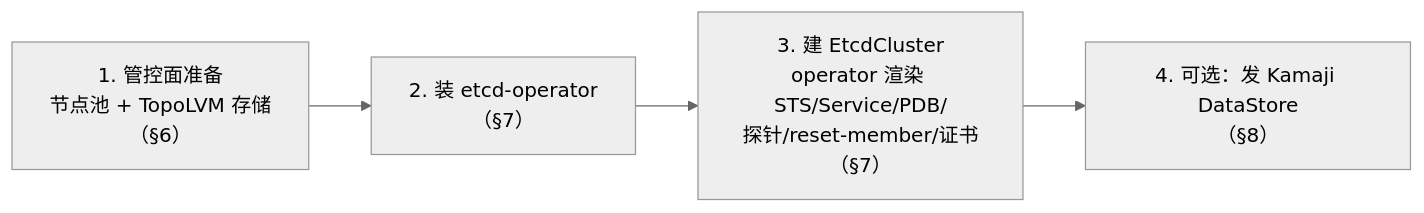
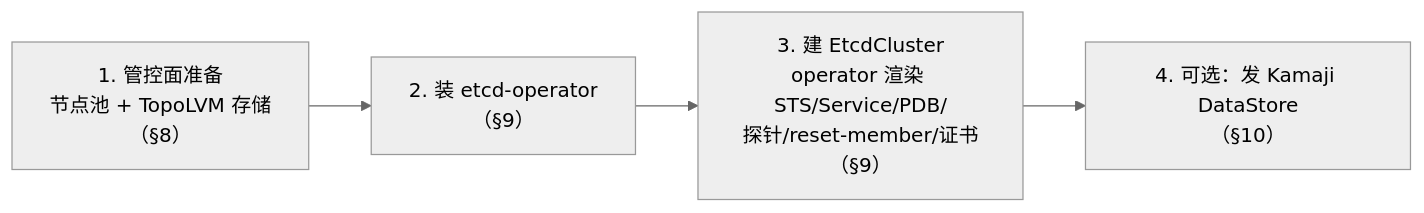
Before and after one commit to alauda/etcd-operator: the first of 3 diagrams in docs/design/hcp-etcd-design.md, drawn with Mermaid (neutral theme). The commit also changed other lines of this file, not shown here.

First line of the commit message:
docs: restructure HCP etcd HA design + add backup/restore runbook

````diff
--- a/docs/design/hcp-etcd-design.md
+++ b/docs/design/hcp-etcd-design.md
@@ -72,6 +129,6 @@
 ```mermaid
 flowchart LR
-  A["1. 管控面准备<br/>节点池 + TopoLVM 存储<br/>（§6）"] --> B["2. 装 etcd-operator<br/>（§7）"]
-  B --> C["3. 建 EtcdCluster<br/>operator 渲染 STS/Service/PDB/<br/>探针/reset-member/证书（§7）"]
-  C --> D["4. 可选：发 Kamaji DataStore<br/>（§8）"]
+  A["1. 管控面准备<br/>节点池 + TopoLVM 存储<br/>（§8）"] --> B["2. 装 etcd-operator<br/>（§9）"]
+  B --> C["3. 建 EtcdCluster<br/>operator 渲染 STS/Service/PDB/<br/>探针/reset-member/证书（§9）"]
+  C --> D["4. 可选：发 Kamaji DataStore<br/>（§10）"]
 ```
````
